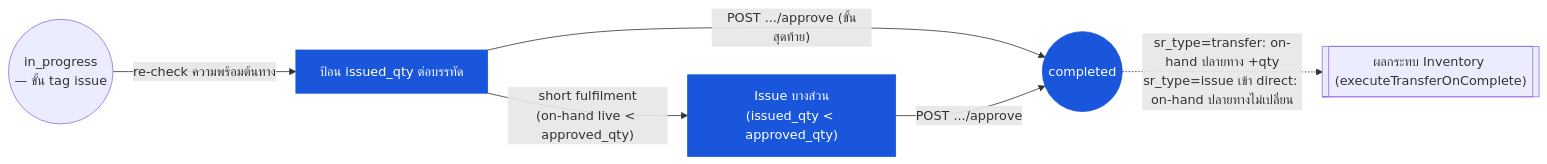
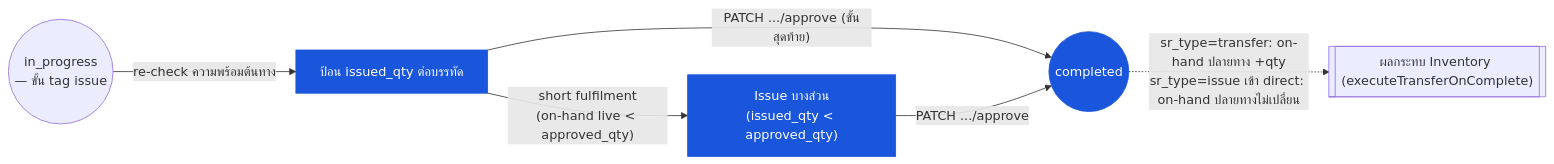
Before and after one commit to CarmenSoftware-organization/carmen-wiki: the diagram in th/inventory/store-requisition/03-user-flow-fulfiller.md, drawn with Mermaid. The commit also changed other lines of this file and 28 other files, not shown here.

````diff
--- a/th/inventory/store-requisition/03-user-flow-fulfiller.md
+++ b/th/inventory/store-requisition/03-user-flow-fulfiller.md
@@ -24,9 +25,9 @@
 ```mermaid
 graph LR
     approved(("in_progress\n— ขั้น tag issue")) -->|"re-check ความพร้อมต้นทาง"| pick["ป้อน issued_qty ต่อบรรทัด"]:::current
-    pick -->|"POST .../approve (ขั้นสุดท้าย)"| completed(("completed")):::current
+    pick -->|"PATCH .../approve (ขั้นสุดท้าย)"| completed(("completed")):::current
     pick -->|"short fulfilment\n(on-hand live < approved_qty)"| partial["Issue บางส่วน\n(issued_qty < approved_qty)"]:::current
-    partial -->|"POST .../approve"| completed
+    partial -->|"PATCH .../approve"| completed
     completed -.->|"sr_type=transfer: on-hand ปลายทาง +qty\nsr_type=issue เข้า direct: on-hand ปลายทางไม่เปลี่ยน"| effects[["ผลกระทบ Inventory (executeTransferOnComplete)"]]
     classDef current fill:#1a56db,color:#fff,stroke:#1a56db;
 ```
````
